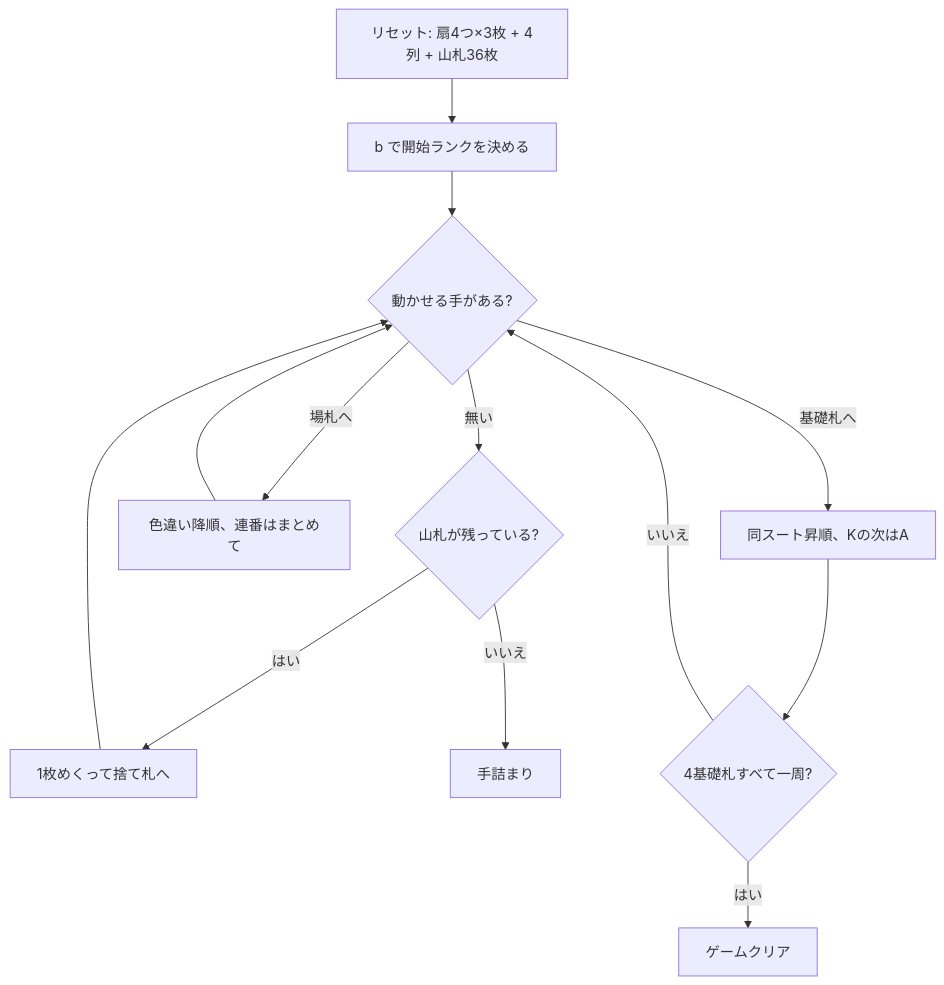
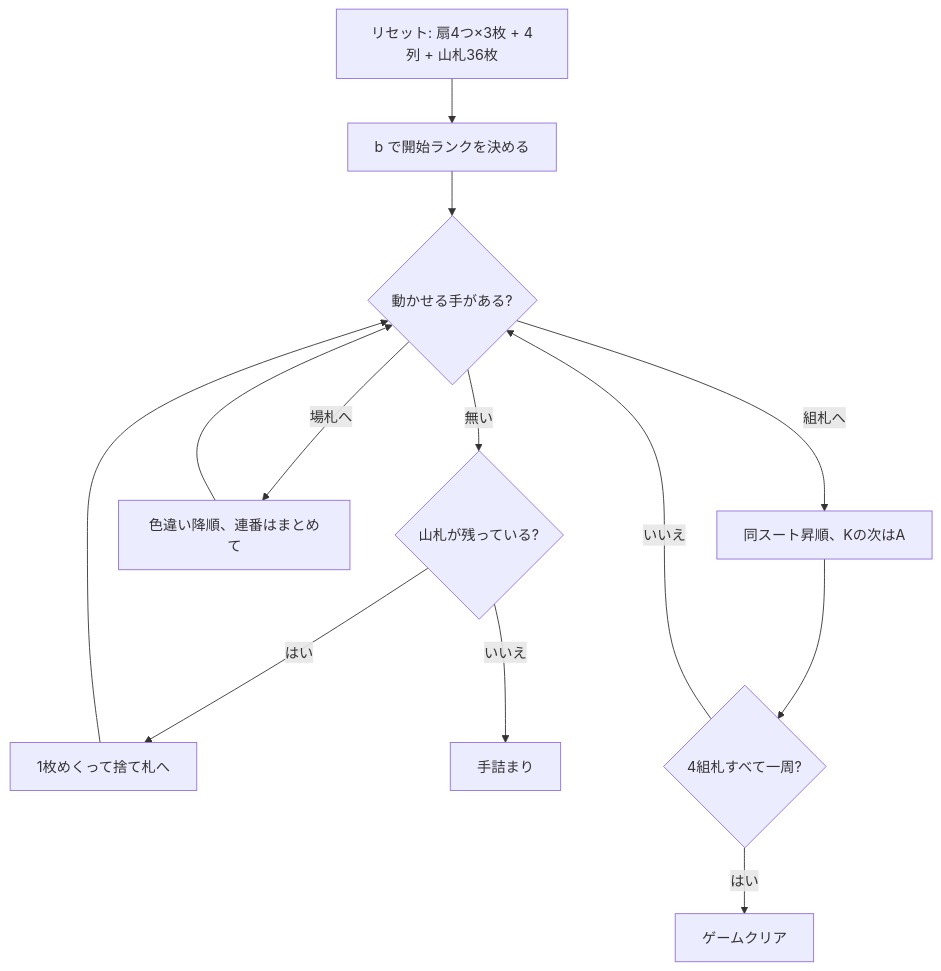
Before and after one commit to yuta-yoshinaga/go_trumpcards: the diagram in docs/manual/cui/duchess.md, drawn with Mermaid. The commit also changed other lines of this file and 71 other files, not shown here.

````diff
--- a/docs/manual/cui/duchess.md
+++ b/docs/manual/cui/duchess.md
@@ -31,15 +31,15 @@
 ```mermaid
 flowchart TD
     A[リセット: 扇4つ×3枚 + 4列 + 山札36枚] --> B[b で開始ランクを決める]
     B --> C{動かせる手がある?}
-    C -- 基礎札へ --> D[同スート昇順、Kの次はA]
+    C -- 組札へ --> D[同スート昇順、Kの次はA]
     C -- 場札へ --> E[色違い降順、連番はまとめて]
     C -- 無い --> F{山札が残っている?}
     F -- はい --> G[1枚めくって捨て札へ]
     F -- いいえ --> H[手詰まり]
-    D --> I{4基礎札すべて一周?}
+    D --> I{4組札すべて一周?}
     E --> C
     G --> C
     I -- はい --> J[ゲームクリア]
     I -- いいえ --> C
 ```
````
